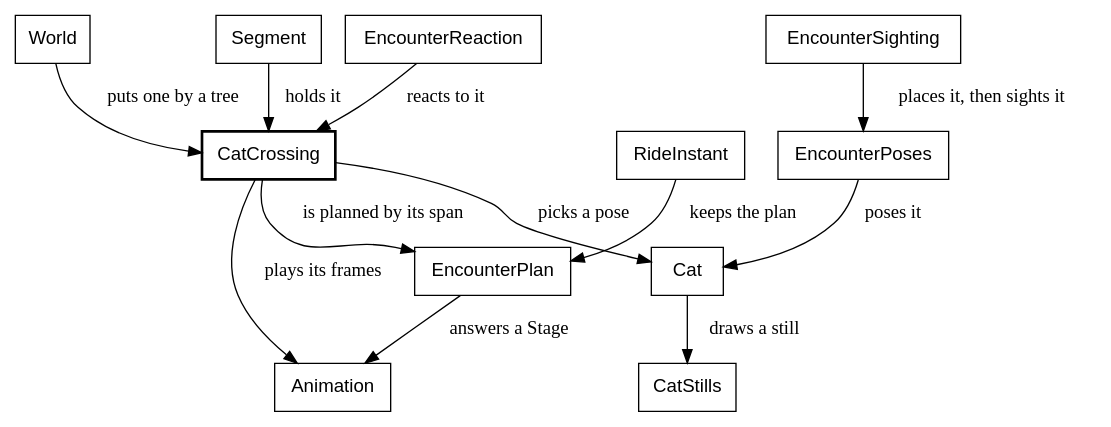
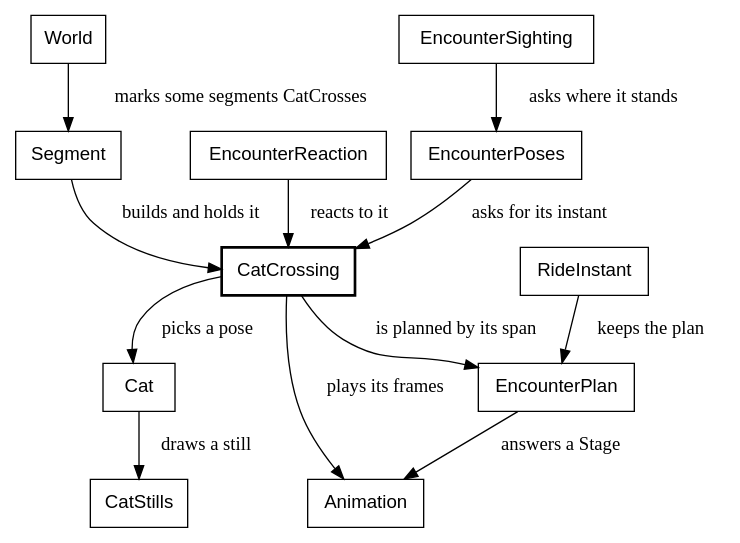
Diagram 22 of 30 in canvas_apps/safari/tutorial/tutorial.md (showell/roc-apps), drawn with Graphviz before and after one commit. The commit also changed other lines of this file, not shown here.

Commit message:
tutorial: the bird's second round; who builds and who poses, in both critter diagrams

````diff
--- a/canvas_apps/safari/tutorial/tutorial.md
+++ b/canvas_apps/safari/tutorial/tutorial.md
@@ -2113,17 +2113,17 @@
 ```dot
 digraph cat {
   node [shape=box, fontname="Helvetica"];
   CatCrossing [style=bold];
-  World -> CatCrossing [label="  puts one by a tree"];
-  Segment -> CatCrossing [label="  holds it"];
+  World -> Segment [label="  marks some segments CatCrosses"];
+  Segment -> CatCrossing [label="  builds and holds it"];
   RideInstant -> EncounterPlan [label="  keeps the plan"];
   EncounterReaction -> CatCrossing [label="  reacts to it"];
-  EncounterSighting -> EncounterPoses [label="  places it, then sights it"];
-  EncounterPoses -> Cat [label="  poses it"];
+  EncounterSighting -> EncounterPoses [label="  asks where it stands"];
+  EncounterPoses -> CatCrossing [label="  asks for its instant"];
   CatCrossing -> Cat [label="  picks a pose"];
   CatCrossing -> Animation [label="  plays its frames"];
   CatCrossing -> EncounterPlan [label="  is planned by its span"];
   EncounterPlan -> Animation [label="  answers a Stage"];
   Cat -> CatStills [label="  draws a still"];
 }
 ```
````
